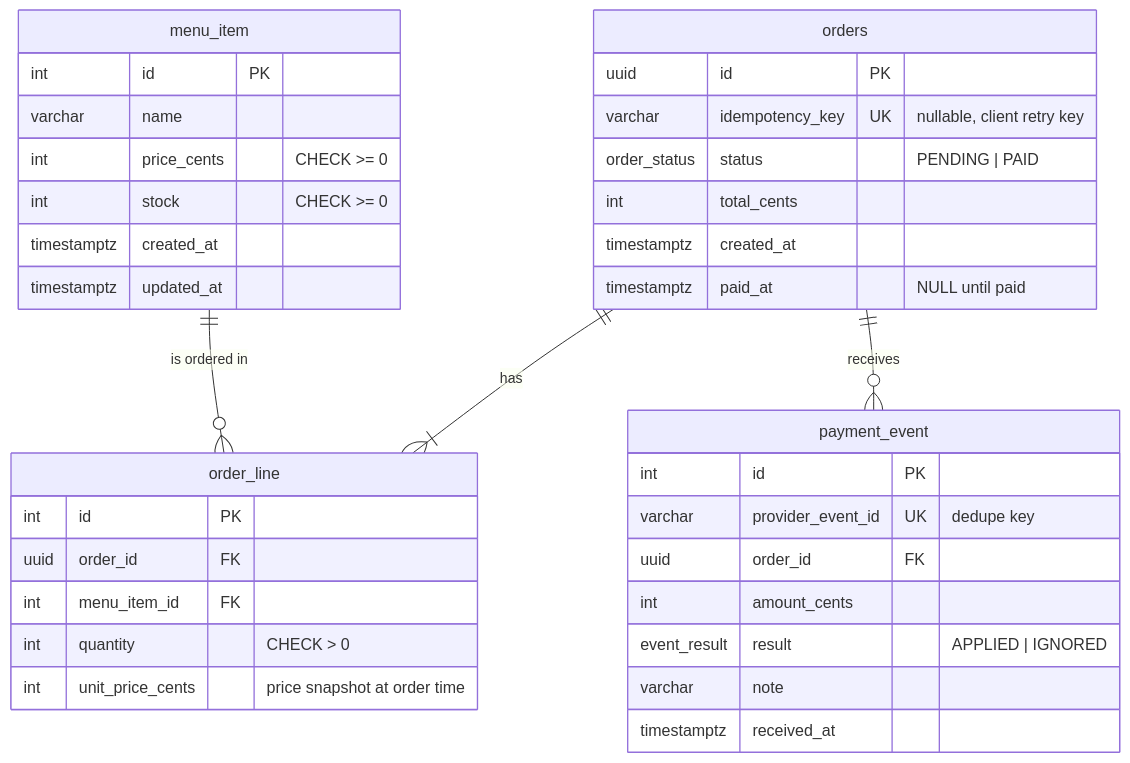
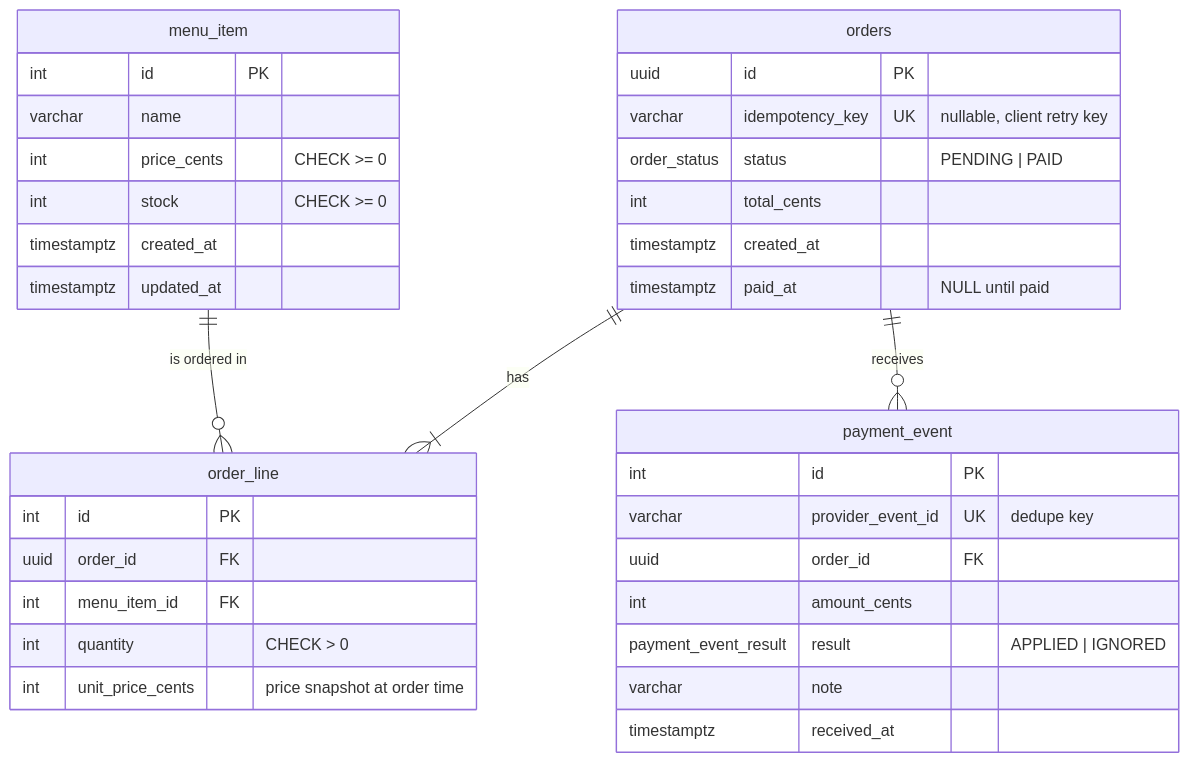
The diagram in docs/02-database.md (pitipume/noahs-kiosk), drawn with Mermaid before and after one commit. The commit also changed other lines of this file and 11 other files, not shown here.

````diff
--- a/docs/02-database.md
+++ b/docs/02-database.md
@@ -5,39 +7,39 @@
 ```mermaid
 erDiagram
     menu_item ||--o{ order_line : "is ordered in"
     orders    ||--|{ order_line : "has"
     orders    ||--o{ payment_event : "receives"
 
     menu_item {
         int       id PK
         varchar   name
         int       price_cents  "CHECK >= 0"
         int       stock        "CHECK >= 0"
         timestamptz created_at
         timestamptz updated_at
     }
     orders {
         uuid        id PK
         varchar     idempotency_key UK "nullable, client retry key"
         order_status status      "PENDING | PAID"
         int         total_cents
         timestamptz created_at
         timestamptz paid_at      "NULL until paid"
     }
     order_line {
         int  id PK
         uuid order_id FK
         int  menu_item_id FK
         int  quantity          "CHECK > 0"
         int  unit_price_cents  "price snapshot at order time"
     }
     payment_event {
         int        id PK
         varchar    provider_event_id UK "dedupe key"
         uuid       order_id FK
         int        amount_cents
-        event_result result  "APPLIED | IGNORED"
+        payment_event_result result  "APPLIED | IGNORED"
         varchar    note
         timestamptz received_at
     }
 ```
````
